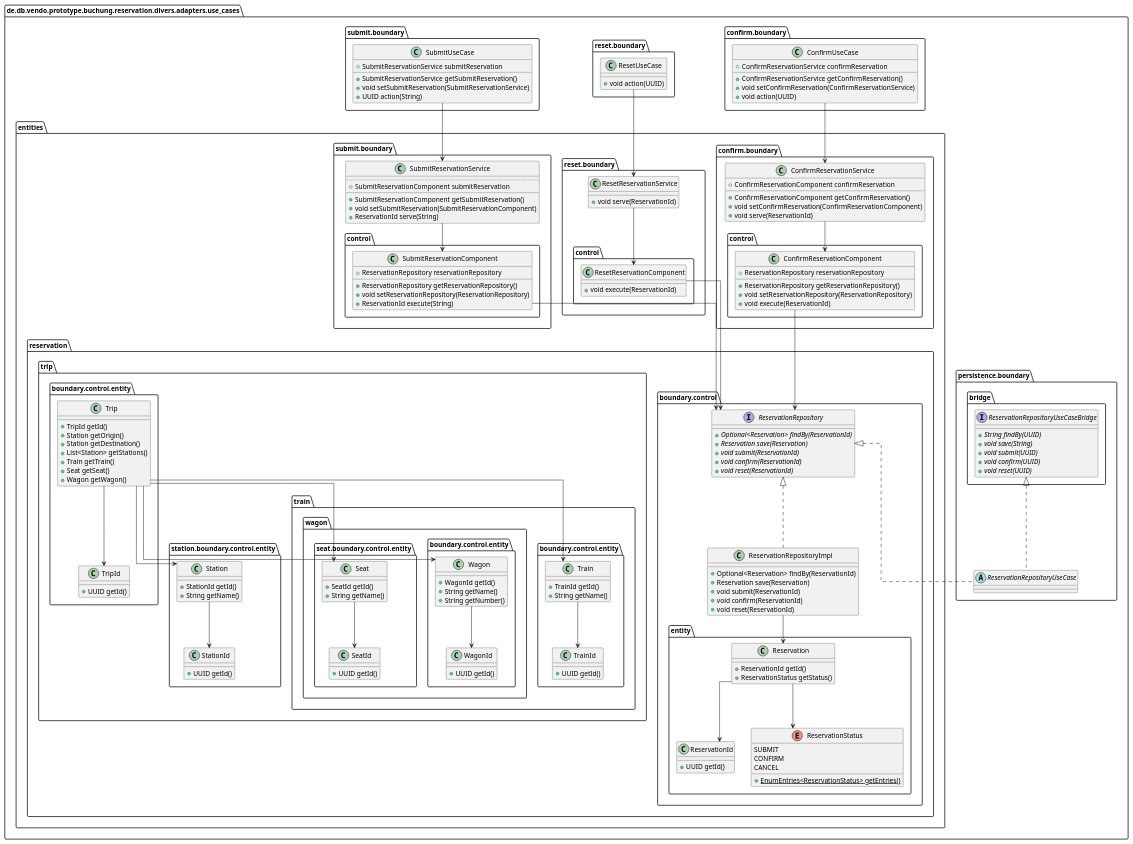
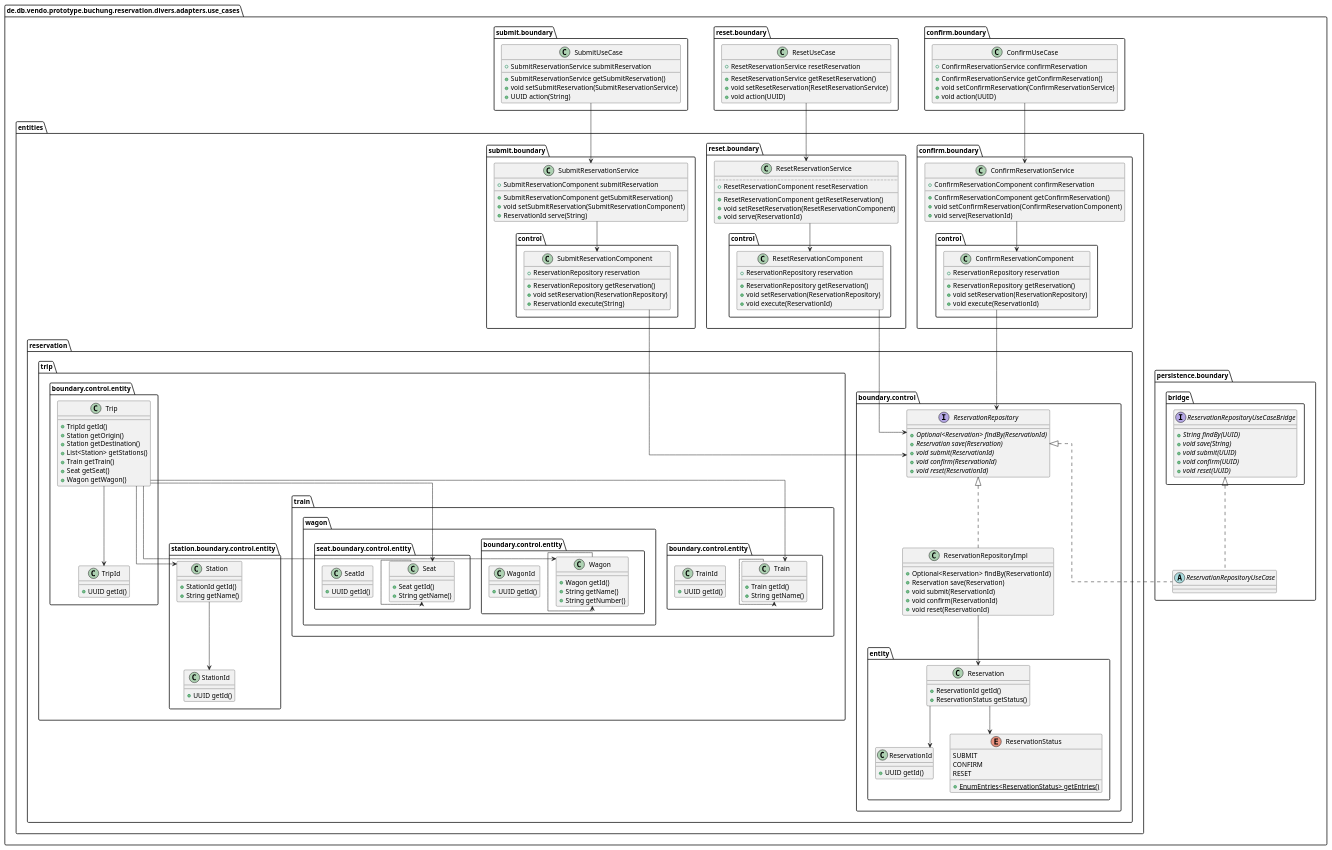
Before and after one commit to punkratz312/reservation-proto: the diagram in doc/uml/puml/use_cases.puml, drawn with PlantUML. The commit also changed 15 other files, not shown here.

```diff
--- a/doc/uml/puml/use_cases.puml
+++ b/doc/uml/puml/use_cases.puml
@@ -18,10 +18,10 @@
   +void serve(ReservationId)
 }
 class "ConfirmReservationComponent" as de.db.vendo.prototype.buchung.reservation.divers.adapters.use_cases.entities.confirm.boundary.control.ConfirmReservationComponent {
-  +ReservationRepository reservationRepository
+  +ReservationRepository reservation
   __
-  +ReservationRepository getReservationRepository()
-  +void setReservationRepository(ReservationRepository)
+  +ReservationRepository getReservation()
+  +void setReservation(ReservationRepository)
   +void execute(ReservationId)
 }
 interface "ReservationRepository" as de.db.vendo.prototype.buchung.reservation.divers.adapters.use_cases.entities.reservation.boundary.control.ReservationRepository {
@@ -48,7 +48,7 @@
 enum "ReservationStatus" as de.db.vendo.prototype.buchung.reservation.divers.adapters.use_cases.entities.reservation.boundary.control.entity.ReservationStatus {
   SUBMIT
   CONFIRM
-  CANCEL
+  RESET
   __
   + {static}EnumEntries<ReservationStatus> getEntries()
 }
@@ -72,14 +72,14 @@
   +UUID getId()
 }
 class "Train" as de.db.vendo.prototype.buchung.reservation.divers.adapters.use_cases.entities.reservation.trip.train.boundary.control.entity.Train {
-  +TrainId getId()
+  +Train getId()
   +String getName()
 }
 class "TrainId" as de.db.vendo.prototype.buchung.reservation.divers.adapters.use_cases.entities.reservation.trip.train.boundary.control.entity.TrainId {
   +UUID getId()
 }
 class "Wagon" as de.db.vendo.prototype.buchung.reservation.divers.adapters.use_cases.entities.reservation.trip.train.wagon.boundary.control.entity.Wagon {
-  +WagonId getId()
+  +Wagon getId()
   +String getName()
   +String getNumber()
 }
@@ -87,20 +87,28 @@
   +UUID getId()
 }
 class "Seat" as de.db.vendo.prototype.buchung.reservation.divers.adapters.use_cases.entities.reservation.trip.train.wagon.seat.boundary.control.entity.Seat {
-  +SeatId getId()
+  +Seat getId()
   +String getName()
 }
 class "SeatId" as de.db.vendo.prototype.buchung.reservation.divers.adapters.use_cases.entities.reservation.trip.train.wagon.seat.boundary.control.entity.SeatId {
   +UUID getId()
 }
 class "ResetReservationService" as de.db.vendo.prototype.buchung.reservation.divers.adapters.use_cases.entities.reset.boundary.ResetReservationService {
+  ..
+  +ResetReservationComponent resetReservation
+  __
+  +ResetReservationComponent getResetReservation()
+  +void setResetReservation(ResetReservationComponent)
   +void serve(ReservationId)
 }
 class "ResetReservationComponent" as de.db.vendo.prototype.buchung.reservation.divers.adapters.use_cases.entities.reset.boundary.control.ResetReservationComponent {
+  +ReservationRepository reservation
+  __
+  +ReservationRepository getReservation()
+  +void setReservation(ReservationRepository)
   +void execute(ReservationId)
 }
 class "SubmitReservationService" as de.db.vendo.prototype.buchung.reservation.divers.adapters.use_cases.entities.submit.boundary.SubmitReservationService {
-  ..
   +SubmitReservationComponent submitReservation
   __
   +SubmitReservationComponent getSubmitReservation()
@@ -108,10 +116,10 @@
   +ReservationId serve(String)
 }
 class "SubmitReservationComponent" as de.db.vendo.prototype.buchung.reservation.divers.adapters.use_cases.entities.submit.boundary.control.SubmitReservationComponent {
-  +ReservationRepository reservationRepository
+  +ReservationRepository reservation
   __
-  +ReservationRepository getReservationRepository()
-  +void setReservationRepository(ReservationRepository)
+  +ReservationRepository getReservation()
+  +void setReservation(ReservationRepository)
   +ReservationId execute(String)
 }
 abstract class "ReservationRepositoryUseCase" as de.db.vendo.prototype.buchung.reservation.divers.adapters.use_cases.persistence.boundary.ReservationRepositoryUseCase {
@@ -124,6 +132,10 @@
   + {abstract}void reset(UUID)
 }
 class "ResetUseCase" as de.db.vendo.prototype.buchung.reservation.divers.adapters.use_cases.reset.boundary.ResetUseCase {
+  +ResetReservationService resetReservation
+  __
+  +ResetReservationService getResetReservation()
+  +void setResetReservation(ResetReservationService)
   +void action(UUID)
 }
 class "SubmitUseCase" as de.db.vendo.prototype.buchung.reservation.divers.adapters.use_cases.submit.boundary.SubmitUseCase {
@@ -146,9 +158,9 @@
 de.db.vendo.prototype.buchung.reservation.divers.adapters.use_cases.entities.reservation.trip.boundary.control.entity.Trip --> de.db.vendo.prototype.buchung.reservation.divers.adapters.use_cases.entities.reservation.trip.train.boundary.control.entity.Train
 de.db.vendo.prototype.buchung.reservation.divers.adapters.use_cases.entities.reservation.trip.boundary.control.entity.Trip --> de.db.vendo.prototype.buchung.reservation.divers.adapters.use_cases.entities.reservation.trip.train.wagon.boundary.control.entity.Wagon
 de.db.vendo.prototype.buchung.reservation.divers.adapters.use_cases.entities.reservation.trip.station.boundary.control.entity.Station --> de.db.vendo.prototype.buchung.reservation.divers.adapters.use_cases.entities.reservation.trip.station.boundary.control.entity.StationId
-de.db.vendo.prototype.buchung.reservation.divers.adapters.use_cases.entities.reservation.trip.train.boundary.control.entity.Train --> de.db.vendo.prototype.buchung.reservation.divers.adapters.use_cases.entities.reservation.trip.train.boundary.control.entity.TrainId
-de.db.vendo.prototype.buchung.reservation.divers.adapters.use_cases.entities.reservation.trip.train.wagon.boundary.control.entity.Wagon --> de.db.vendo.prototype.buchung.reservation.divers.adapters.use_cases.entities.reservation.trip.train.wagon.boundary.control.entity.WagonId
-de.db.vendo.prototype.buchung.reservation.divers.adapters.use_cases.entities.reservation.trip.train.wagon.seat.boundary.control.entity.Seat --> de.db.vendo.prototype.buchung.reservation.divers.adapters.use_cases.entities.reservation.trip.train.wagon.seat.boundary.control.entity.SeatId
+de.db.vendo.prototype.buchung.reservation.divers.adapters.use_cases.entities.reservation.trip.train.boundary.control.entity.Train --> de.db.vendo.prototype.buchung.reservation.divers.adapters.use_cases.entities.reservation.trip.train.boundary.control.entity.Train
+de.db.vendo.prototype.buchung.reservation.divers.adapters.use_cases.entities.reservation.trip.train.wagon.boundary.control.entity.Wagon --> de.db.vendo.prototype.buchung.reservation.divers.adapters.use_cases.entities.reservation.trip.train.wagon.boundary.control.entity.Wagon
+de.db.vendo.prototype.buchung.reservation.divers.adapters.use_cases.entities.reservation.trip.train.wagon.seat.boundary.control.entity.Seat --> de.db.vendo.prototype.buchung.reservation.divers.adapters.use_cases.entities.reservation.trip.train.wagon.seat.boundary.control.entity.Seat
 de.db.vendo.prototype.buchung.reservation.divers.adapters.use_cases.entities.reset.boundary.ResetReservationService --> de.db.vendo.prototype.buchung.reservation.divers.adapters.use_cases.entities.reset.boundary.control.ResetReservationComponent
 de.db.vendo.prototype.buchung.reservation.divers.adapters.use_cases.entities.reset.boundary.control.ResetReservationComponent --> de.db.vendo.prototype.buchung.reservation.divers.adapters.use_cases.entities.reservation.boundary.control.ReservationRepository
 de.db.vendo.prototype.buchung.reservation.divers.adapters.use_cases.entities.submit.boundary.SubmitReservationService --> de.db.vendo.prototype.buchung.reservation.divers.adapters.use_cases.entities.submit.boundary.control.SubmitReservationComponent
```
